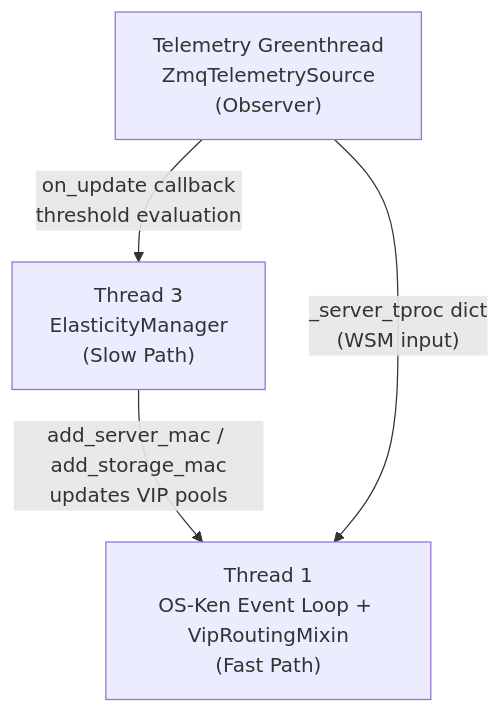
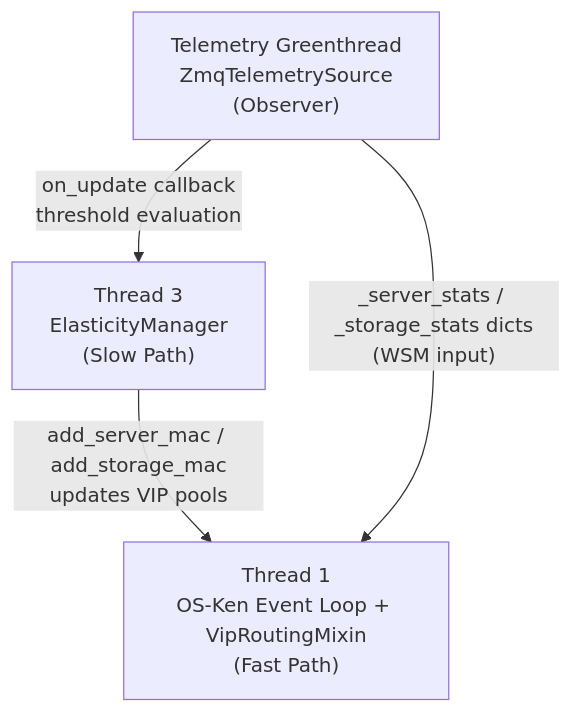
Before and after one commit to poioe20p/efficient-storage-in-edge-scenarios: the first of 7 diagrams in docs/operation/system_mechanisms.md, drawn with Mermaid. The commit also changed other lines of this file and 26 other files, not shown here.

````diff
--- a/docs/operation/system_mechanisms.md
+++ b/docs/operation/system_mechanisms.md
@@ -37,10 +37,10 @@
 ```mermaid
 graph TD
     T1["Thread 1<br/>OS-Ken Event Loop + VipRoutingMixin<br/>(Fast Path)"]
     T2["Telemetry Greenthread<br/>ZmqTelemetrySource<br/>(Observer)"]
     T3["Thread 3<br/>ElasticityManager<br/>(Slow Path)"]
 
     T2 -->|"on_update callback<br/>threshold evaluation"| T3
     T3 -->|"add_server_mac / add_storage_mac<br/>updates VIP pools"| T1
-    T2 -->|"_server_tproc dict<br/>(WSM input)"| T1
+    T2 -->|"_server_stats / _storage_stats dicts<br/>(WSM input)"| T1
 ```
````
